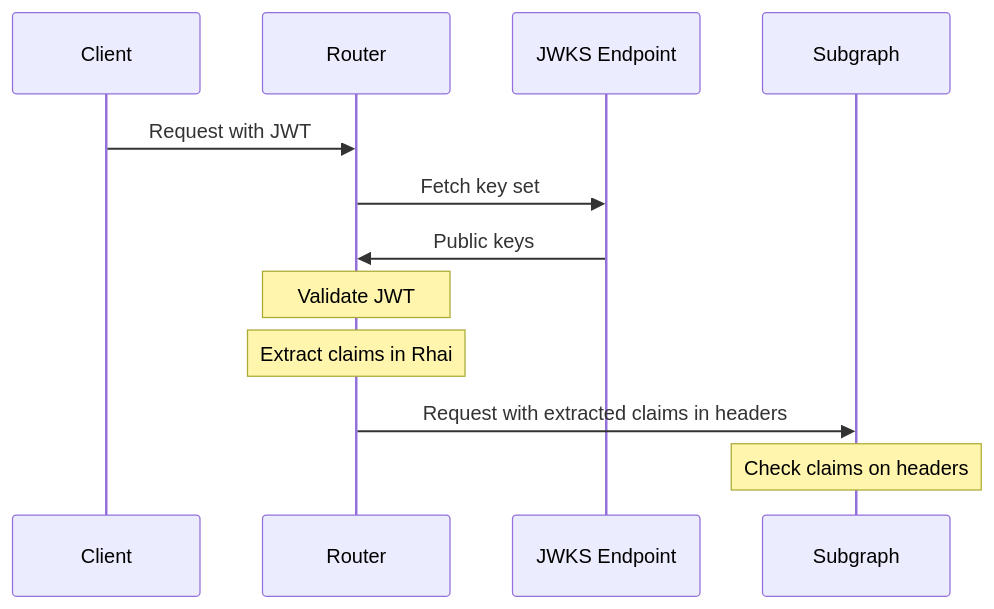
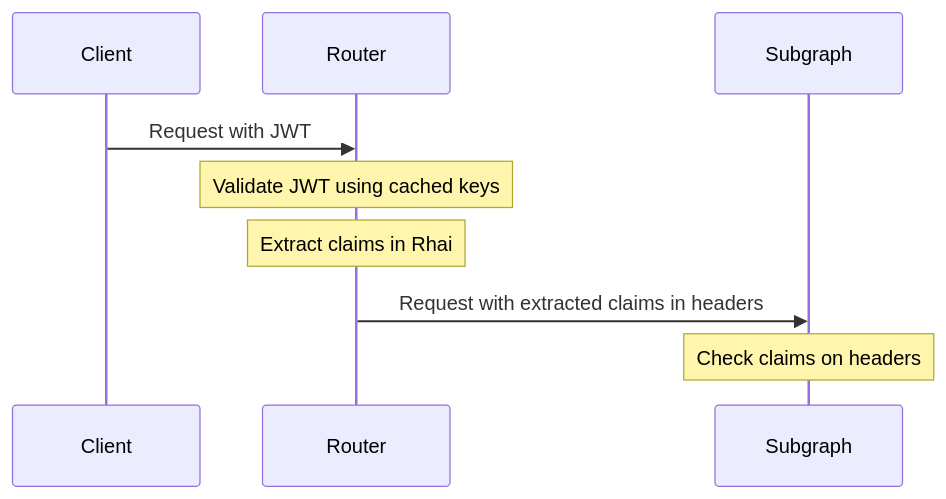
Before and after one commit to apollographql/router: the fourth of 5 diagrams in docs/source/routing/security/router-authentication.mdx, drawn with Mermaid. The commit also changed other lines of this file, not shown here.

Commit message:
Clarify JWT sequence

````diff
--- a/docs/source/routing/security/router-authentication.mdx
+++ b/docs/source/routing/security/router-authentication.mdx
@@ -118,10 +146,12 @@
 ```mermaid
 sequenceDiagram
+  participant Client
+  participant Router
+  participant Subgraph
+
   Client->>Router: Request with JWT
-  Router->>JWKS Endpoint: Fetch key set
-  JWKS Endpoint->>Router: Public keys
-  note over Router: Validate JWT
+  note over Router: Validate JWT using cached keys
   note over Router: Extract claims in Rhai
   Router->>Subgraph: Request with extracted claims in headers
   note over Subgraph: Check claims on headers
 ```
````
